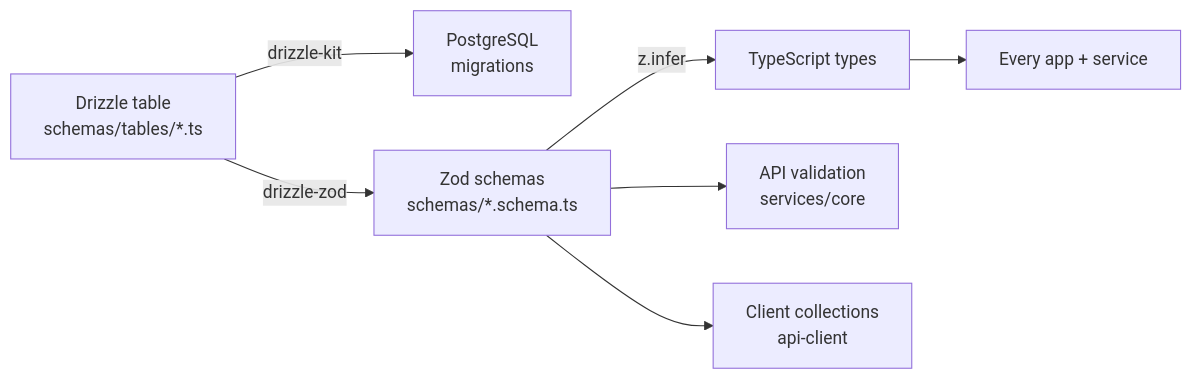
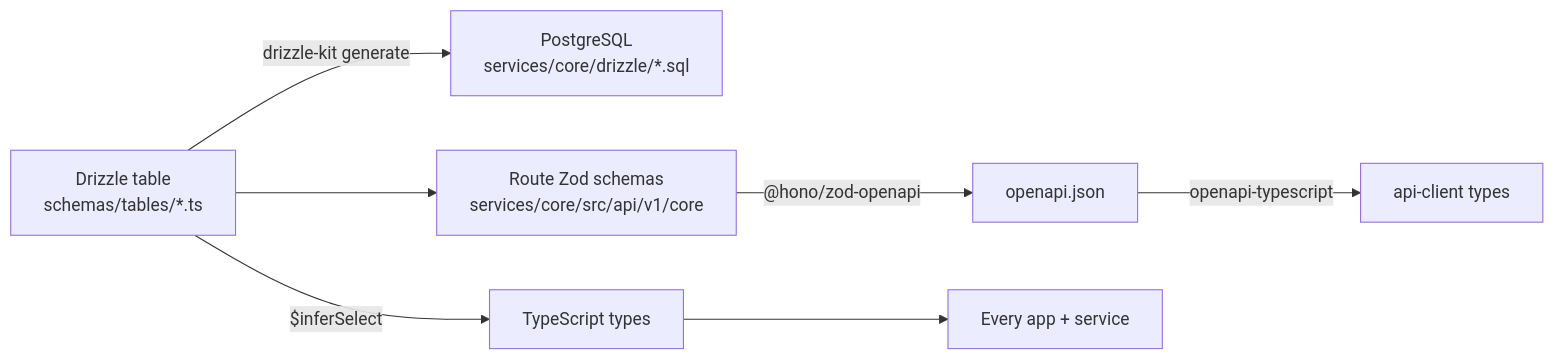
Before and after one commit to codewreaker/credopass: the first of 2 diagrams in packages/lib/README.md, drawn with Mermaid. The commit also changed other lines of this file and 39 other files, not shown here.

````diff
--- a/packages/lib/README.md
+++ b/packages/lib/README.md
@@ -16,9 +16,9 @@
 ```mermaid
 flowchart LR
-    A["Drizzle table<br/>schemas/tables/*.ts"] -->|drizzle-kit| B["PostgreSQL<br/>migrations"]
-    A -->|drizzle-zod| C["Zod schemas<br/>schemas/*.schema.ts"]
-    C -->|z.infer| D["TypeScript types"]
-    C --> E["API validation<br/>services/core"]
-    C --> F["Client collections<br/>api-client"]
+    A["Drizzle table<br/>schemas/tables/*.ts"] -->|drizzle-kit generate| B["PostgreSQL<br/>services/core/drizzle/*.sql"]
+    A -->|"$inferSelect"| D["TypeScript types"]
+    A --> E["Route Zod schemas<br/>services/core/src/api/v1/core"]
+    E -->|"@hono/zod-openapi"| O["openapi.json"]
+    O -->|openapi-typescript| F["api-client types"]
     D --> G["Every app + service"]
 ```
````
